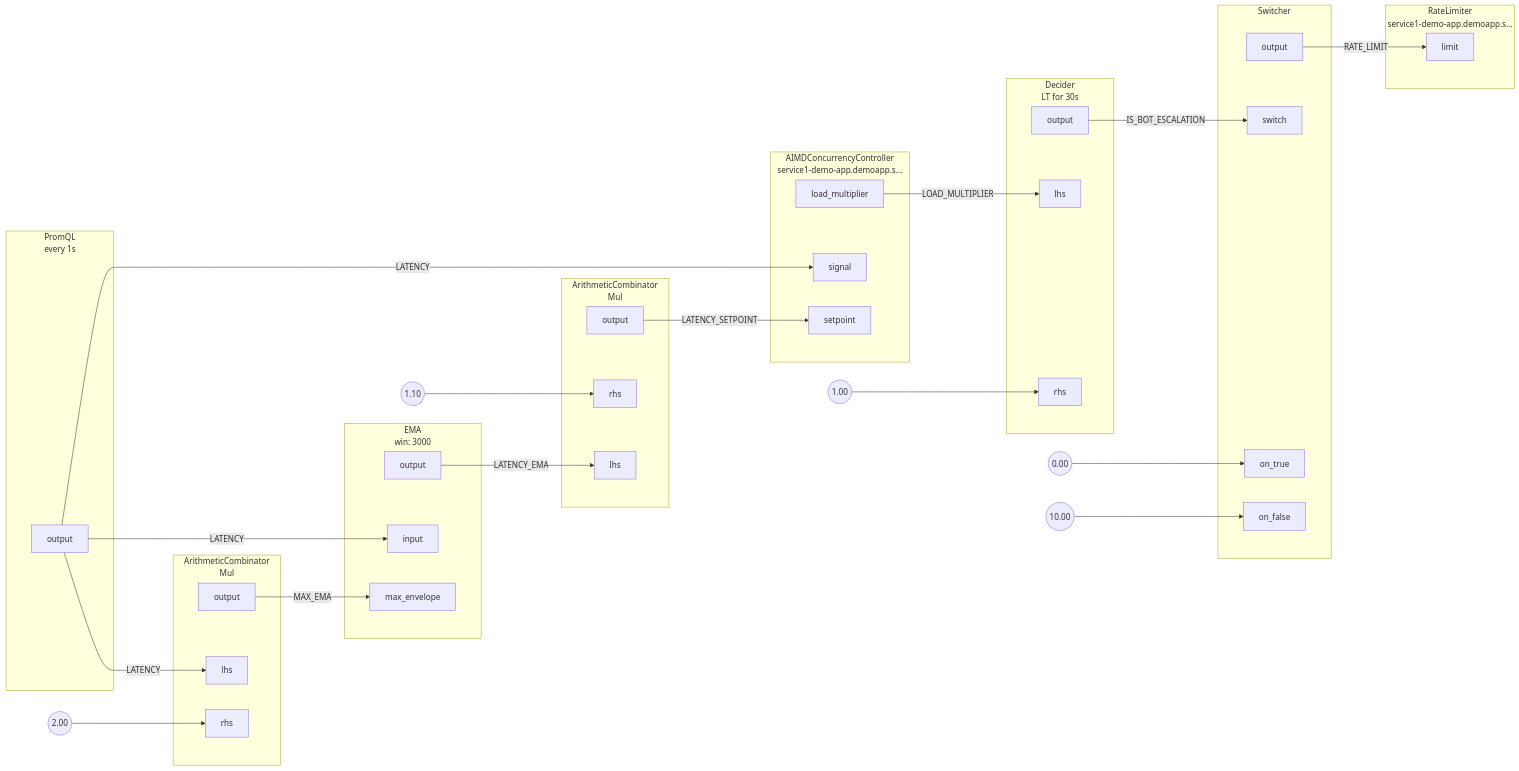
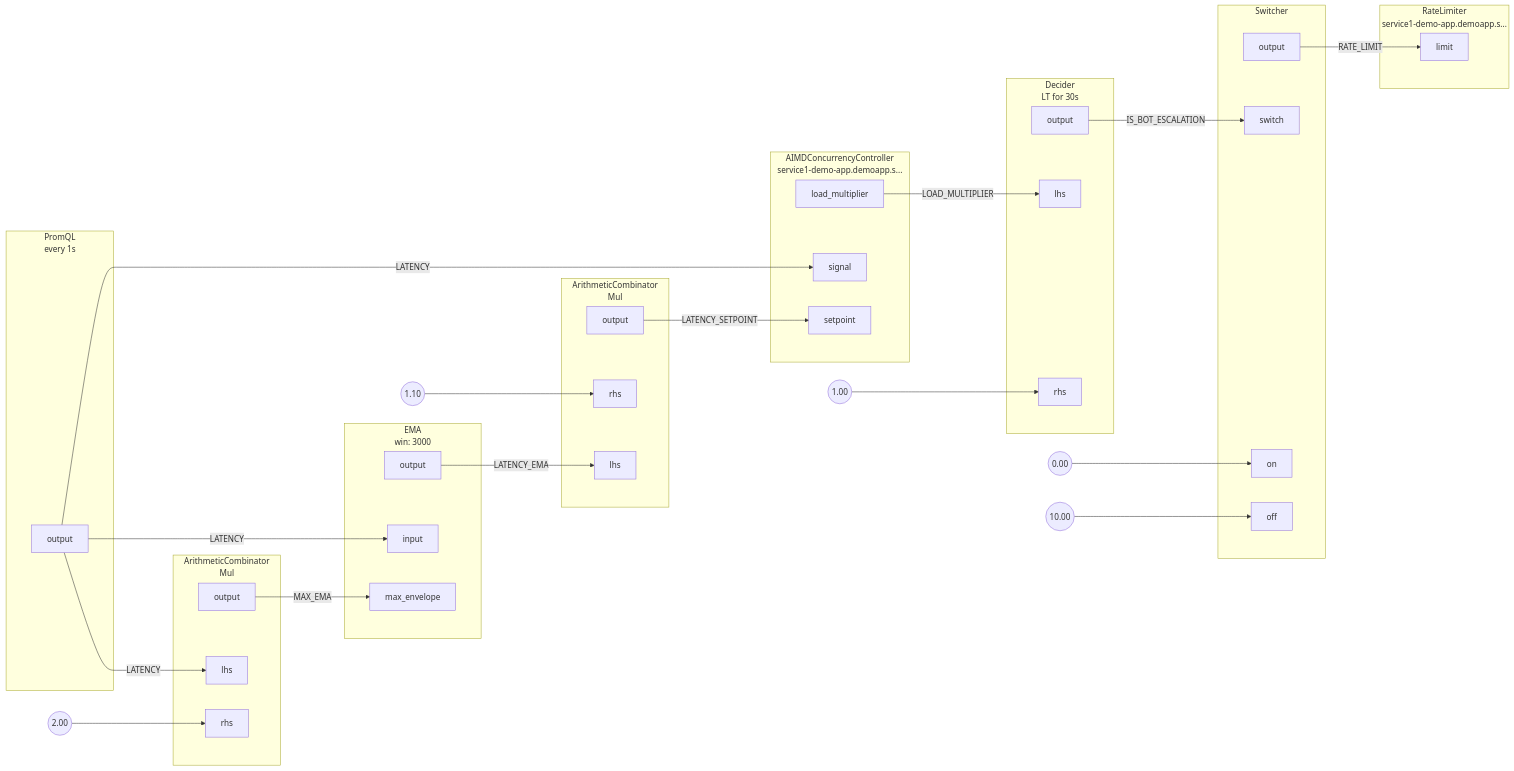
The diagram in docs/content/tutorials/integrations/flow-control/concurrency-limiting/assets/rate-limiting-escalation/rate-limiting-escalation.mmd (fluxninja/aperture), drawn with Mermaid before and after one commit. The commit also changed 16 other files, not shown here.

Commit message:
Rename switcher in ports from on_true, on_false to on and off since it switches based on whether the switch is valid non-zero signal, not true/false (invalid is the 3rd state which counts as off).

```diff
--- a/docs/content/tutorials/integrations/flow-control/concurrency-limiting/assets/rate-limiting-escalation/rate-limiting-escalation.mmd
+++ b/docs/content/tutorials/integrations/flow-control/concurrency-limiting/assets/rate-limiting-escalation/rate-limiting-escalation.mmd
@@ -1,99 +1,99 @@
 flowchart LR
 subgraph root.0[<center>PromQL<br/>every 1s</center>]
 subgraph root.0_outports[ ]
 style root.0_outports fill:none,stroke:none
 root.0output[output]
 end
 end
 FakeConstant0((2.00))
 FakeConstant0 --> root.1rhs
 subgraph root.1[<center>ArithmeticCombinator<br/>Mul</center>]
 subgraph root.1_inports[ ]
 style root.1_inports fill:none,stroke:none
 root.1lhs[lhs]
 root.1rhs[rhs]
 end
 subgraph root.1_outports[ ]
 style root.1_outports fill:none,stroke:none
 root.1output[output]
 end
 end
 FakeConstant1((1.10))
 FakeConstant1 --> root.2rhs
 subgraph root.2[<center>ArithmeticCombinator<br/>Mul</center>]
 subgraph root.2_inports[ ]
 style root.2_inports fill:none,stroke:none
 root.2lhs[lhs]
 root.2rhs[rhs]
 end
 subgraph root.2_outports[ ]
 style root.2_outports fill:none,stroke:none
 root.2output[output]
 end
 end
 subgraph root.3[<center>EMA<br/>win: 3000</center>]
 subgraph root.3_inports[ ]
 style root.3_inports fill:none,stroke:none
 root.3input[input]
 root.3max_envelope[max_envelope]
 end
 subgraph root.3_outports[ ]
 style root.3_outports fill:none,stroke:none
 root.3output[output]
 end
 end
 subgraph root.4[<center>AIMDConcurrencyController<br/>service1-demo-app.demoapp.s...</center>]
 subgraph root.4_inports[ ]
 style root.4_inports fill:none,stroke:none
+root.4signal[signal]
 root.4setpoint[setpoint]
-root.4signal[signal]
 end
 subgraph root.4_outports[ ]
 style root.4_outports fill:none,stroke:none
 root.4load_multiplier[load_multiplier]
 end
 end
 FakeConstant2((1.00))
 FakeConstant2 --> root.5rhs
 subgraph root.5[<center>Decider<br/>LT for 30s</center>]
 subgraph root.5_inports[ ]
 style root.5_inports fill:none,stroke:none
 root.5lhs[lhs]
 root.5rhs[rhs]
 end
 subgraph root.5_outports[ ]
 style root.5_outports fill:none,stroke:none
 root.5output[output]
 end
 end
 FakeConstant3((0.00))
-FakeConstant3 --> root.6on_true
+FakeConstant3 --> root.6on
 FakeConstant4((10.00))
-FakeConstant4 --> root.6on_false
+FakeConstant4 --> root.6off
 subgraph root.6[Switcher]
 subgraph root.6_inports[ ]
 style root.6_inports fill:none,stroke:none
+root.6on[on]
+root.6off[off]
 root.6switch[switch]
-root.6on_true[on_true]
-root.6on_false[on_false]
 end
 subgraph root.6_outports[ ]
 style root.6_outports fill:none,stroke:none
 root.6output[output]
 end
 end
 subgraph root.7[<center>RateLimiter<br/>service1-demo-app.demoapp.s...</center>]
 subgraph root.7_inports[ ]
 style root.7_inports fill:none,stroke:none
 root.7limit[limit]
 end
 end
+root.5output --> |IS_BOT_ESCALATION| root.6switch
+root.6output --> |RATE_LIMIT| root.7limit
 root.0output --> |LATENCY| root.1lhs
 root.0output --> |LATENCY| root.3input
 root.0output --> |LATENCY| root.4signal
 root.1output --> |MAX_EMA| root.3max_envelope
 root.2output --> |LATENCY_SETPOINT| root.4setpoint
 root.3output --> |LATENCY_EMA| root.2lhs
 root.4load_multiplier --> |LOAD_MULTIPLIER| root.5lhs
-root.5output --> |IS_BOT_ESCALATION| root.6switch
-root.6output --> |RATE_LIMIT| root.7limit
```
